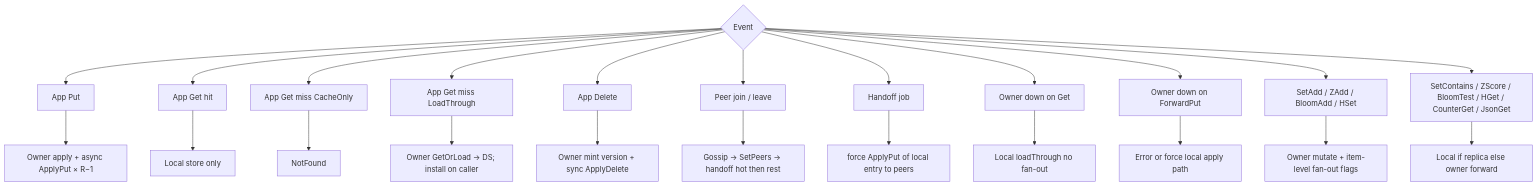
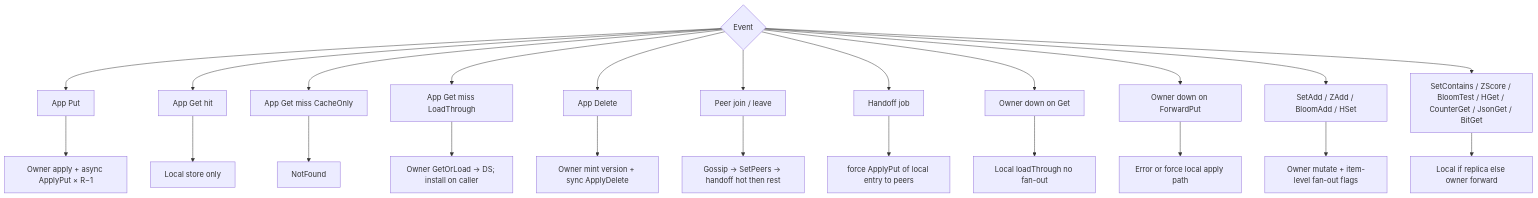
Diagram 18 of 18 in docs/CLUSTER_FLOWS.md (Code0987/supercache), drawn with Mermaid before and after one commit. The commit also changed other lines of this file and 39 other files, not shown here.

````diff
--- a/docs/CLUSTER_FLOWS.md
+++ b/docs/CLUSTER_FLOWS.md
@@ -400,26 +401,26 @@
 ```mermaid
 flowchart TD
   E{"Event"} --> E1["App Put"]
   E --> E2["App Get hit"]
   E --> E3["App Get miss CacheOnly"]
   E --> E4["App Get miss LoadThrough"]
   E --> E5["App Delete"]
   E --> E6["Peer join / leave"]
   E --> E7["Handoff job"]
   E --> E8["Owner down on Get"]
   E --> E9["Owner down on ForwardPut"]
   E --> E10["SetAdd / ZAdd / BloomAdd / HSet"]
-  E --> E11["SetContains / ZScore / BloomTest / HGet / CounterGet / JsonGet"]
+  E --> E11["SetContains / ZScore / BloomTest / HGet / CounterGet / JsonGet / BitGet"]
 
   E1 --> A1["Owner apply + async ApplyPut × R−1"]
   E2 --> A2["Local store only"]
   E3 --> A3["NotFound"]
   E4 --> A4["Owner GetOrLoad → DS; install on caller"]
   E5 --> A5["Owner mint version + sync ApplyDelete"]
   E6 --> A6["Gossip → SetPeers → handoff hot then rest"]
   E7 --> A7["force ApplyPut of local entry to peers"]
   E8 --> A8["Local loadThrough no fan-out"]
   E9 --> A9["Error or force local apply path"]
   E10 --> A10["Owner mutate + item-level fan-out flags"]
   E11 --> A11["Local if replica else owner forward"]
 ```
````
